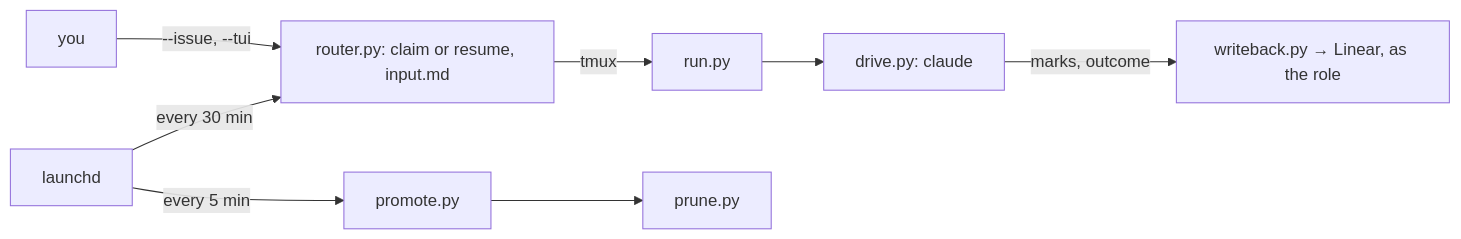
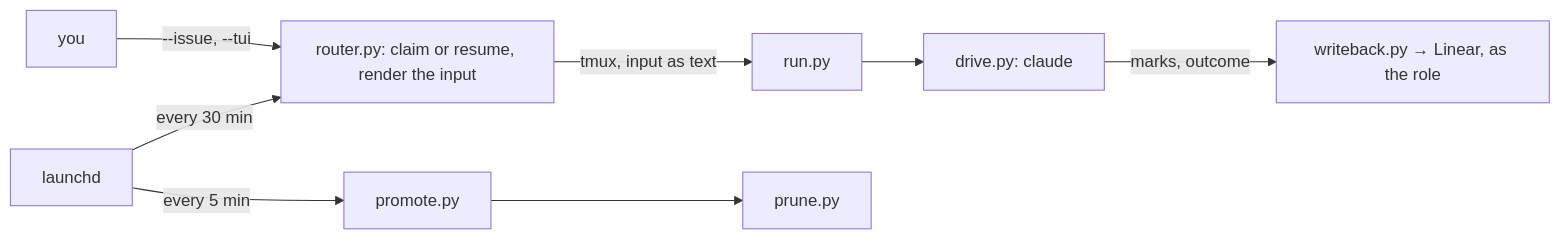
Before and after one commit to ophis/agent-pm: the third of 3 diagrams in README.md, drawn with Mermaid. The commit also changed other lines of this file and 34 other files, not shown here.

````diff
--- a/README.md
+++ b/README.md
@@ -72,7 +72,7 @@
 ```mermaid
 flowchart LR
-    L[launchd] -->|every 30 min| R["router.py: claim or resume, input.md"] -->|tmux| I[run.py]
+    L[launchd] -->|every 30 min| R["router.py: claim or resume, render the input"] -->|"tmux, input as text"| I[run.py]
     Y[you] -->|"--issue, --tui"| R
     I --> D["drive.py: claude"] -->|"marks, outcome"| W["writeback.py → Linear, as the role"]
     L -->|every 5 min| P[promote.py] --> X[prune.py]
 ```
````
